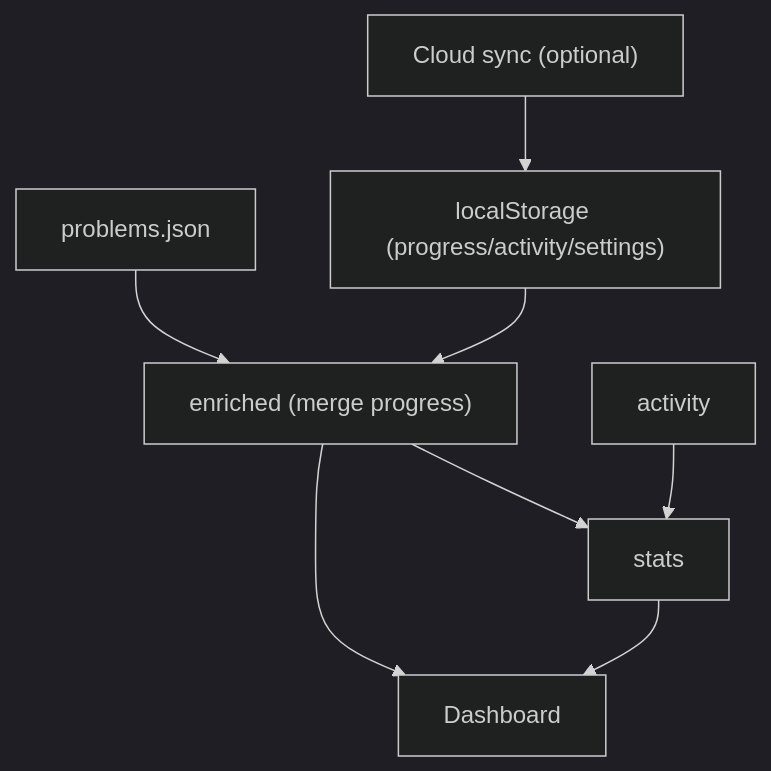
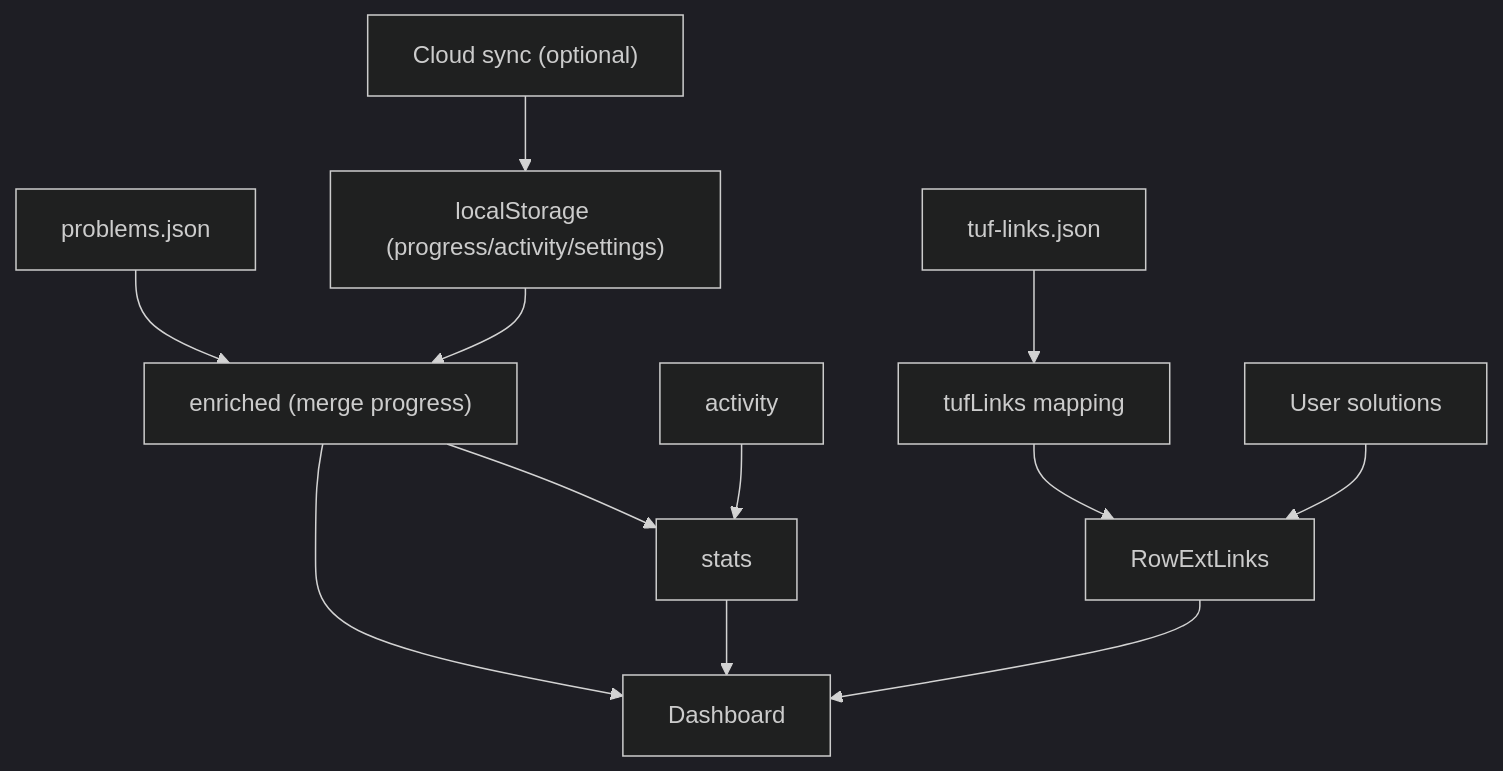
Diagram 12 of 12 in .qoder/repowiki/en/content/Frontend Application/Dashboard Component.md (iamrituraj/DSA-Tracker), drawn with Mermaid (dark theme) before and after one commit. The commit also changed other lines of this file and 21 other files, not shown here.

````diff
--- a/.qoder/repowiki/en/content/Frontend Application/Dashboard Component.md
+++ b/.qoder/repowiki/en/content/Frontend Application/Dashboard Component.md
@@ -309,10 +418,14 @@
 ```mermaid
 graph TB
 Seed["problems.json"] --> Enrich["enriched (merge progress)"]
 Local["localStorage (progress/activity/settings)"] --> Enrich
 Cloud["Cloud sync (optional)"] --> Local
+TUF["tuf-links.json"] --> TUFLinks["tufLinks mapping"]
 Enrich --> Stats["stats"]
 Enrich --> Dashboard["Dashboard"]
 Activity["activity"] --> Stats
 Stats --> Dashboard
+TUFLinks --> RowExtLinks["RowExtLinks"]
+Solutions["User solutions"] --> RowExtLinks
+RowExtLinks --> Dashboard
 ```
````
